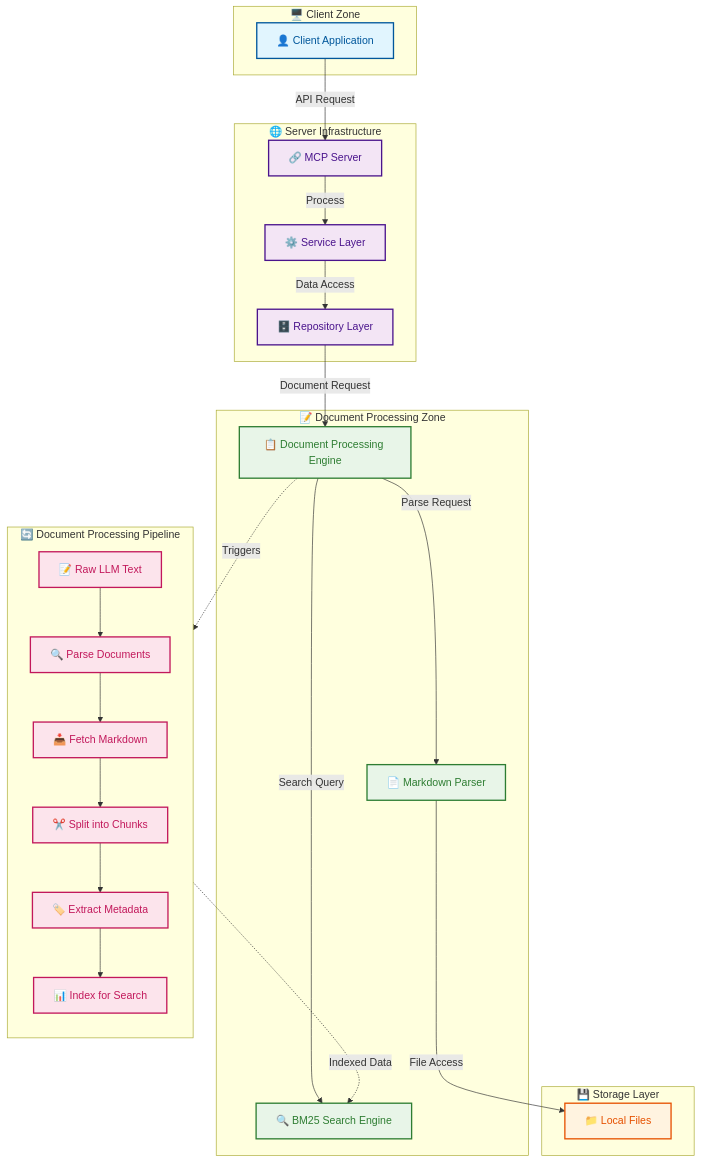
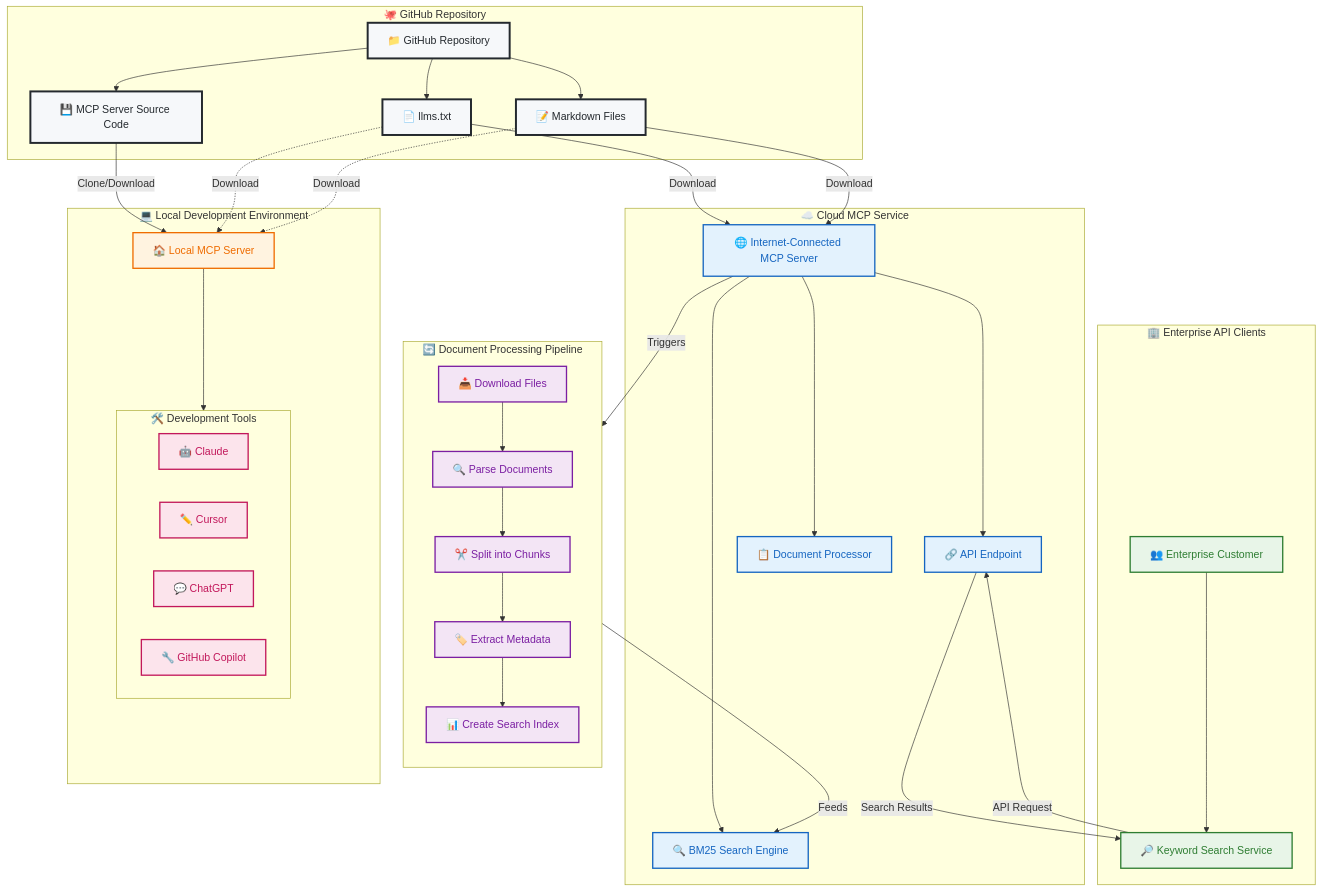
One commit to supersignal/on_my_starboard_side changed the diagram in README.md. Above: the diagram before and after it, drawn with Mermaid.

````diff
--- a/README.md
+++ b/README.md
@@ -43,67 +43,96 @@
 ```mermaid
 graph TB
-    %% 클라이언트 영역
-    subgraph CLIENT_ZONE [" 🖥️ Client Zone "]
-        A[👤 Client Application]
+    %% GitHub 저장소 영역
+    subgraph GITHUB_ZONE [" 🐙 GitHub Repository "]
+        GH_REPO[📁 GitHub Repository]
+        LLMS_TXT[📄 llms.txt]
+        MD_FILES[📝 Markdown Files]
+        MCP_SOURCE[💾 MCP Server Source Code]
+        
+        GH_REPO --> LLMS_TXT
+        GH_REPO --> MD_FILES
+        GH_REPO --> MCP_SOURCE
     end
     
-    %% 서버 영역
-    subgraph SERVER_ZONE [" 🌐 Server Infrastructure "]
-        B[🔗 MCP Server]
-        C[⚙️ Service Layer]
-        D[🗄️ Repository Layer]
+    %% 클라우드 MCP 서버 영역
+    subgraph CLOUD_ZONE [" ☁️ Cloud MCP Service "]
+        CLOUD_SERVER[🌐 Internet-Connected MCP Server]
+        API_ENDPOINT[🔗 API Endpoint]
+        DOC_PROCESSOR[📋 Document Processor]
+        SEARCH_ENGINE[🔍 BM25 Search Engine]
+        
+        CLOUD_SERVER --> API_ENDPOINT
+        CLOUD_SERVER --> DOC_PROCESSOR
+        CLOUD_SERVER --> SEARCH_ENGINE
     end
     
-    %% 문서 처리 영역
-    subgraph DOC_ZONE [" 📝 Document Processing Zone "]
-        E[📋 Document Processing Engine]
-        F[🔍 BM25 Search Engine]
-        G[📄 Markdown Parser]
+    %% 고객사 API 이용 영역
+    subgraph API_CLIENT_ZONE [" 🏢 Enterprise API Clients "]
+        API_CLIENT[👥 Enterprise Customer]
+        KEYWORD_SEARCH[🔎 Keyword Search Service]
+        
+        API_CLIENT --> KEYWORD_SEARCH
     end
     
-    %% 저장소 영역
-    subgraph STORAGE_ZONE [" 💾 Storage Layer "]
-        H[📁 Local Files]
+    %% 로컬 개발 환경 영역
+    subgraph LOCAL_DEV_ZONE [" 💻 Local Development Environment "]
+        LOCAL_MCP[🏠 Local MCP Server]
+        
+        subgraph DEV_TOOLS [" 🛠️ Development Tools "]
+            CLAUDE[🤖 Claude]
+            CURSOR[✏️ Cursor]
+            CHATGPT[💬 ChatGPT]
+            COPILOT[🔧 GitHub Copilot]
+        end
+        
+        LOCAL_MCP --> DEV_TOOLS
     end
     
-    %% 파이프라인 영역
+    %% 문서 처리 파이프라인
     subgraph PIPELINE [" 🔄 Document Processing Pipeline "]
         direction TB
-        I[📝 Raw LLM Text] 
-        J[🔍 Parse Documents]
-        K[📥 Fetch Markdown]
-        L[✂️ Split into Chunks]
-        M[🏷️ Extract Metadata]
-        N[📊 Index for Search]
+        DOWNLOAD[📥 Download Files]
+        PARSE[🔍 Parse Documents]
+        CHUNK[✂️ Split into Chunks]
+        METADATA[🏷️ Extract Metadata]
+        INDEX[📊 Create Search Index]
         
-        I --> J
-        J --> K
-        K --> L
-        L --> M
-        M --> N
+        DOWNLOAD --> PARSE
+        PARSE --> CHUNK
+        CHUNK --> METADATA
+        METADATA --> INDEX
     end
     
     %% 연결 관계
-    A -->|API Request| B
-    B -->|Process| C
-    C -->|Data Access| D
-    D -->|Document Request| E
-    E -->|Search Query| F
-    E -->|Parse Request| G
-    G -->|File Access| H
-    E -.->|Triggers| PIPELINE
-    N -.->|Indexed Data| F
+    %% GitHub에서 클라우드 서버로 파일 다운로드
+    LLMS_TXT -->|Download| CLOUD_SERVER
+    MD_FILES -->|Download| CLOUD_SERVER
+    
+    %% GitHub에서 로컬로 소스코드 다운로드
+    MCP_SOURCE -->|Clone/Download| LOCAL_MCP
+    LLMS_TXT -.->|Download| LOCAL_MCP
+    MD_FILES -.->|Download| LOCAL_MCP
+    
+    %% 클라우드 서버 처리 흐름
+    CLOUD_SERVER -->|Triggers| PIPELINE
+    INDEX -->|Feeds| SEARCH_ENGINE
+    
+    %% API 접근
+    KEYWORD_SEARCH -->|API Request| API_ENDPOINT
+    API_ENDPOINT -->|Search Results| KEYWORD_SEARCH
     
     %% 스타일링
-    classDef clientStyle fill:#e1f5fe,stroke:#01579b,stroke-width:2px,color:#01579b
-    classDef serverStyle fill:#f3e5f5,stroke:#4a148c,stroke-width:2px,color:#4a148c
-    classDef docStyle fill:#e8f5e8,stroke:#2e7d32,stroke-width:2px,color:#2e7d32
-    classDef storageStyle fill:#fff3e0,stroke:#e65100,stroke-width:2px,color:#e65100
-    classDef pipelineStyle fill:#fce4ec,stroke:#c2185b,stroke-width:2px,color:#c2185b
+    classDef githubStyle fill:#f6f8fa,stroke:#24292e,stroke-width:3px,color:#24292e
+    classDef cloudStyle fill:#e3f2fd,stroke:#1565c0,stroke-width:2px,color:#1565c0
+    classDef apiStyle fill:#e8f5e8,stroke:#2e7d32,stroke-width:2px,color:#2e7d32
+    classDef localStyle fill:#fff3e0,stroke:#ef6c00,stroke-width:2px,color:#ef6c00
+    classDef toolStyle fill:#fce4ec,stroke:#c2185b,stroke-width:2px,color:#c2185b
+    classDef pipelineStyle fill:#f3e5f5,stroke:#7b1fa2,stroke-width:2px,color:#7b1fa2
     
-    class A clientStyle
-    class B,C,D serverStyle
-    class E,F,G docStyle
-    class H storageStyle
-    class I,J,K,L,M,N pipelineStyle
+    class GH_REPO,LLMS_TXT,MD_FILES,MCP_SOURCE githubStyle
+    class CLOUD_SERVER,API_ENDPOINT,DOC_PROCESSOR,SEARCH_ENGINE cloudStyle
+    class API_CLIENT,KEYWORD_SEARCH apiStyle
+    class LOCAL_MCP localStyle
+    class CLAUDE,CURSOR,CHATGPT,COPILOT toolStyle
+    class DOWNLOAD,PARSE,CHUNK,METADATA,INDEX pipelineStyle
 ```
````
